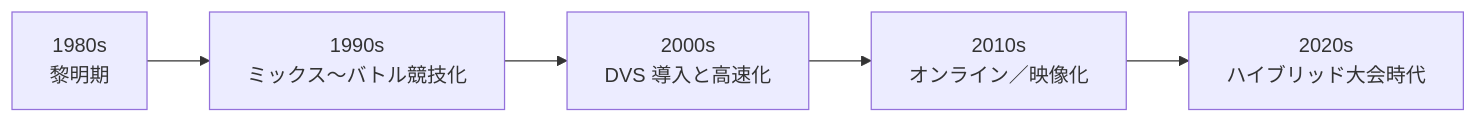
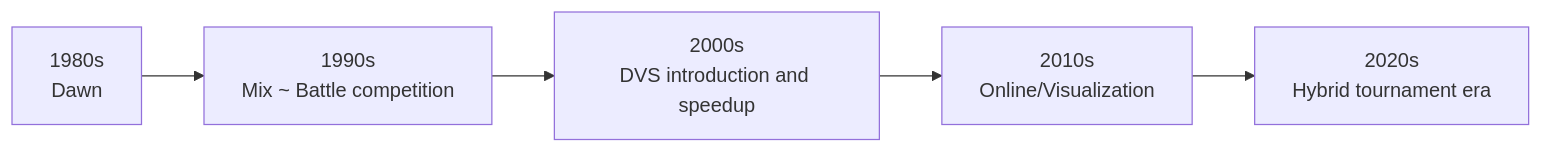
Before and after one commit to monumental-movement/monumental-movement.github.io: the third of 9 diagrams in en/_posts/2025-11-23-column-dmc-world-dj-championship.md, drawn with Mermaid. The commit also changed other lines of this file and 801 other files, not shown here.

```diff
--- a/en/_posts/2025-11-23-column-dmc-world-dj-championship.md
+++ b/en/_posts/2025-11-23-column-dmc-world-dj-championship.md
@@ -288,7 +289,7 @@
 <div class="mermaid">
 flowchart LR
-    A[1980s<br>黎明期] --> B[1990s<br>ミックス〜バトル競技化]
-    B --> C[2000s<br>DVS 導入と高速化]
-    C --> D[2010s<br>オンライン／映像化]
-    D --> E[2020s<br>ハイブリッド大会時代]
+    A[1980s<br>Dawn] --> B[1990s<br>Mix ~ Battle competition]
+    B --> C[2000s<br>DVS introduction and speedup]
+    C --> D[2010s<br>Online/Visualization]
+    D --> E[2020s<br>Hybrid tournament era]
 </div>
```
